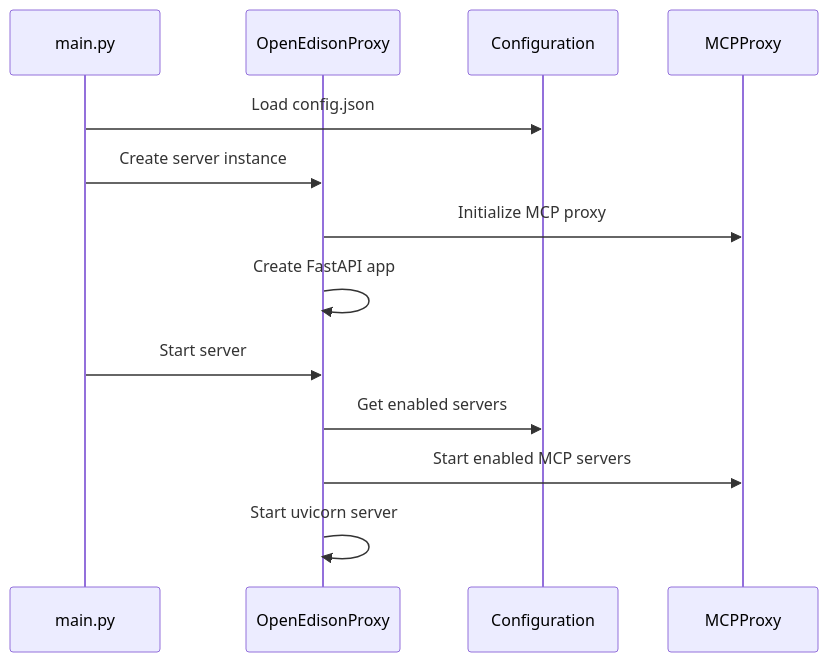
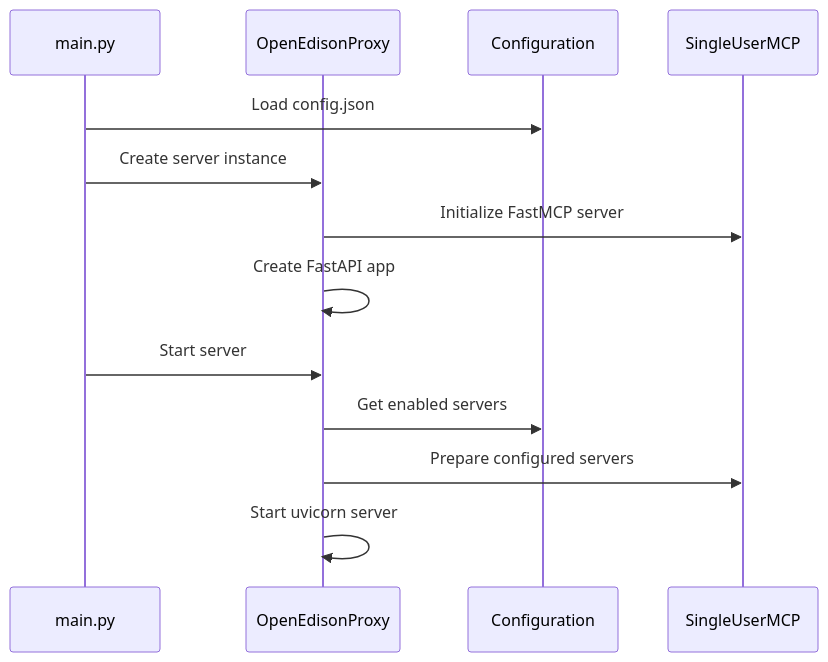
One commit to Edison-Watch/open-edison changed the second of 3 diagrams in docs/development/development_guide.md. Above: the diagram before and after it, drawn with Mermaid. The commit also changed other lines of this file and 12 other files, not shown here.

````diff
--- a/docs/development/development_guide.md
+++ b/docs/development/development_guide.md
@@ -105,16 +100,16 @@
 ```mermaid
 sequenceDiagram
     participant Main as main.py
     participant Server as OpenEdisonProxy
     participant Config as Configuration
-    participant Proxy as MCPProxy
+    participant MCP as SingleUserMCP
     
     Main->>Config: Load config.json
     Main->>Server: Create server instance
-    Server->>Proxy: Initialize MCP proxy
+    Server->>MCP: Initialize FastMCP server
     Server->>Server: Create FastAPI app
     Main->>Server: Start server
     Server->>Config: Get enabled servers
-    Server->>Proxy: Start enabled MCP servers
+    Server->>MCP: Prepare configured servers
     Server->>Server: Start uvicorn server
 ```
````
